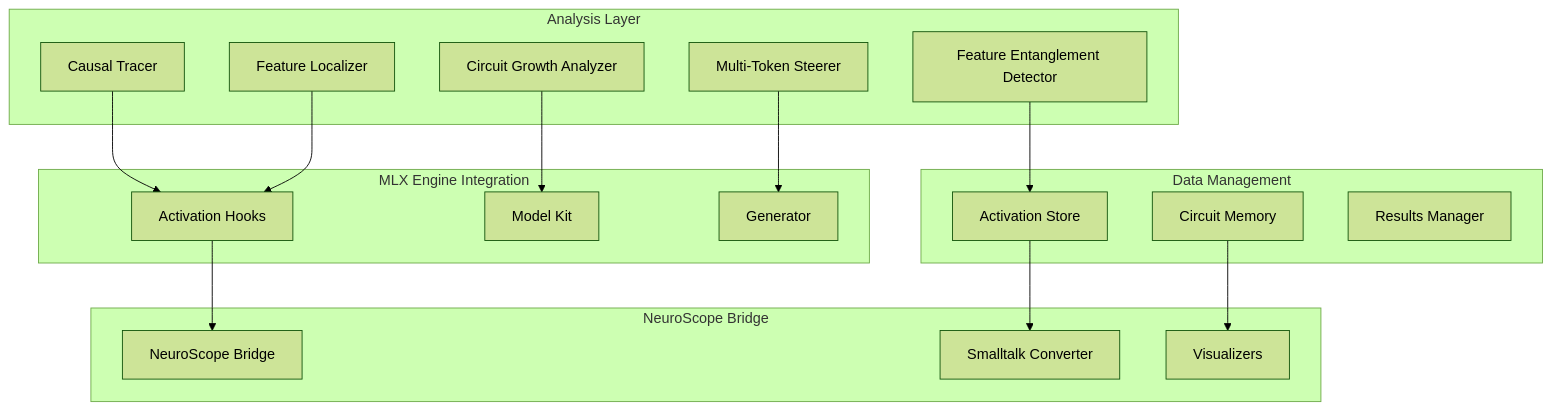
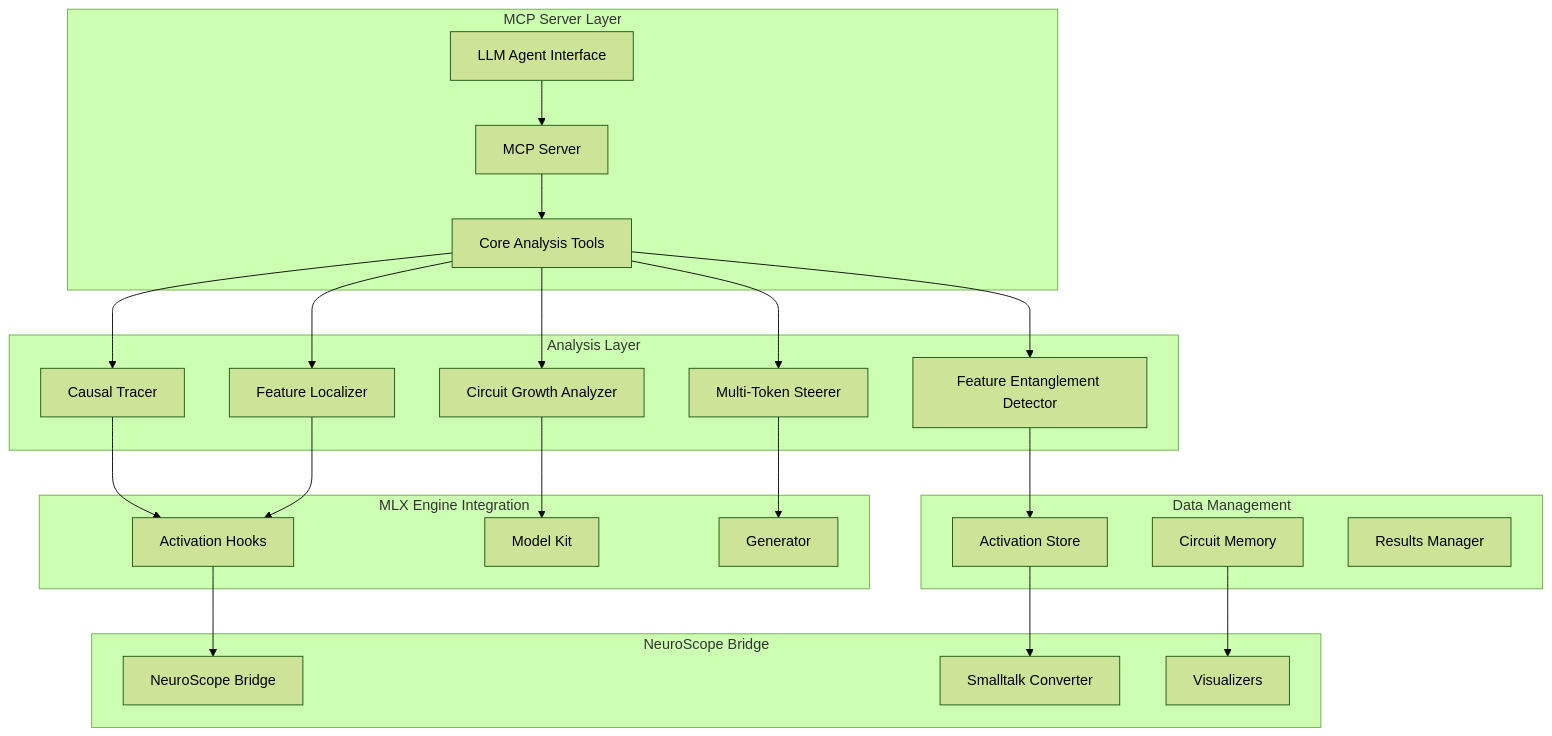
One commit to ccrraaiigg/mlx-engine-neuroscope changed the diagram in .kiro/specs/core-mechanistic-interpretability/design.md. Above: the diagram before and after it, drawn with Mermaid (forest theme). The commit also changed other lines of this file and 12 other files, not shown here.

Commit message:
Refined MCP server spec and revised other specs to mention it (agents working on the other specs' tasks will make heavy use of the MCP server).

````diff
--- a/.kiro/specs/core-mechanistic-interpretability/design.md
+++ b/.kiro/specs/core-mechanistic-interpretability/design.md
@@ -9,38 +11,52 @@
 ```mermaid
 graph TB
+    subgraph "MCP Server Layer"
+        MCP[MCP Server]
+        TOOLS[Core Analysis Tools]
+        AGENT[LLM Agent Interface]
+    end
+    
     subgraph "Analysis Layer"
         CT[Causal Tracer]
         FL[Feature Localizer]
         MS[Multi-Token Steerer]
         CG[Circuit Growth Analyzer]
         FE[Feature Entanglement Detector]
     end
     
     subgraph "MLX Engine Integration"
         AH[Activation Hooks]
         MK[Model Kit]
         GEN[Generator]
     end
     
     subgraph "NeuroScope Bridge"
         NSB[NeuroScope Bridge]
         SC[Smalltalk Converter]
         VIS[Visualizers]
     end
     
     subgraph "Data Management"
         AS[Activation Store]
         CM[Circuit Memory]
         RM[Results Manager]
     end
     
+    AGENT --> MCP
+    MCP --> TOOLS
+    TOOLS --> CT
+    TOOLS --> FL
+    TOOLS --> MS
+    TOOLS --> CG
+    TOOLS --> FE
+    
     CT --> AH
     FL --> AH
     MS --> GEN
     CG --> MK
     FE --> AS
     
     AH --> NSB
     AS --> SC
     CM --> VIS
 ```
````
